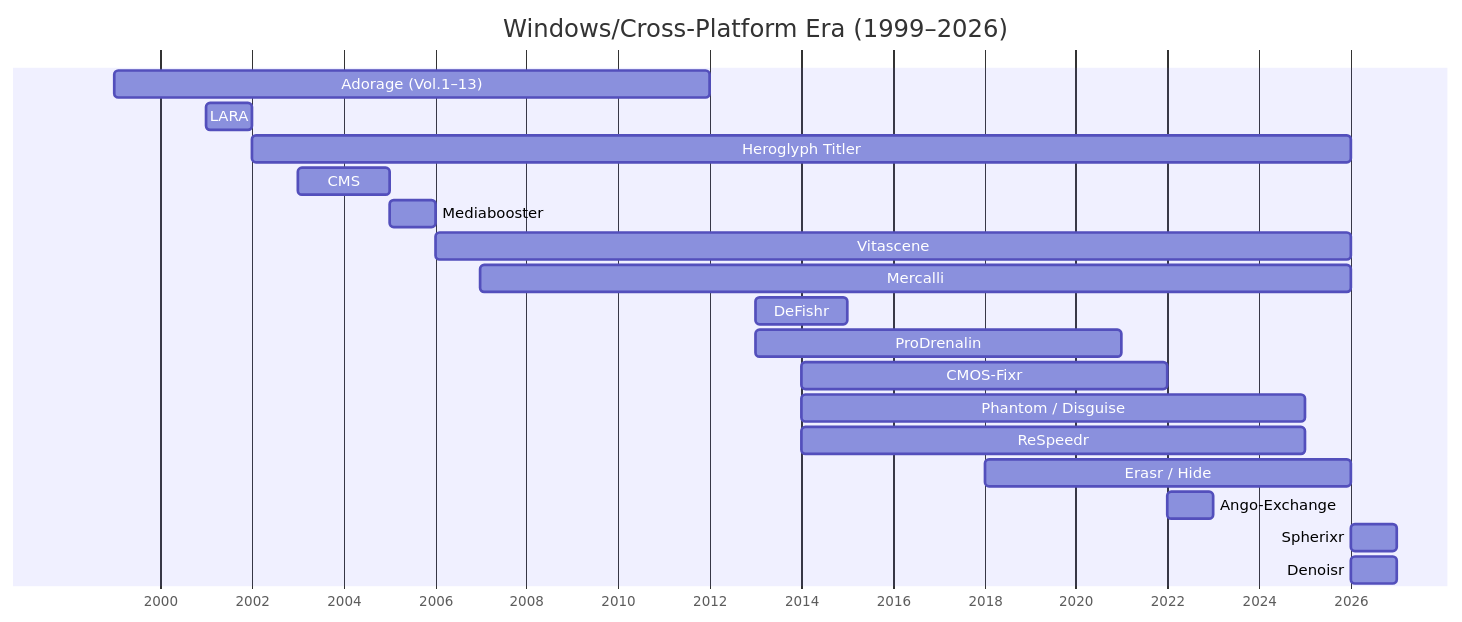
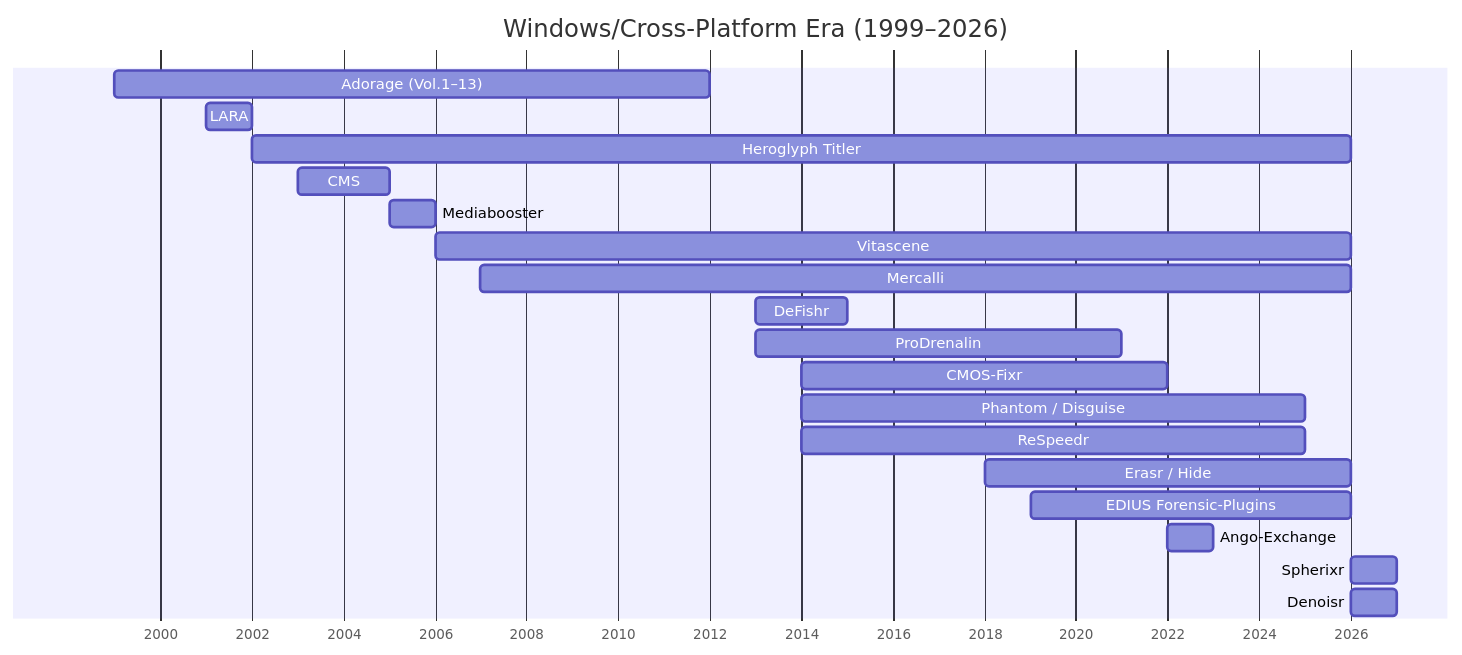
Before and after one commit to HolgerBurkarth/proDAD-History: the second of 2 diagrams in ProductTimeline.md, drawn with Mermaid. The commit also changed other lines of this file and 1 other file, not shown here.

````diff
--- a/ProductTimeline.md
+++ b/ProductTimeline.md
@@ -60,25 +60,26 @@
 ```mermaid
 gantt
     title Windows/Cross-Platform Era (1999–2026)
     dateFormat YYYY
     axisFormat %Y
     tickInterval 2year
     todayMarker off
 
     Adorage (Vol.1–13)      :1999, 2012
     LARA                    :2001, 2002
     Heroglyph Titler        :2002, 2026
     CMS                     :2003, 2005
     Mediabooster            :2005, 2006
     Vitascene               :2006, 2026
     Mercalli                :2007, 2026
     DeFishr                 :2013, 2015
     ProDrenalin             :2013, 2021
     CMOS-Fixr               :2014, 2022
     Phantom / Disguise      :2014, 2025
     ReSpeedr                :2014, 2025
     Erasr / Hide            :2018, 2026
+    EDIUS Forensic-Plugins  :2019, 2026
     Ango-Exchange           :2022, 2023
     Spherixr                :2026, 2027
     Denoisr                 :2026, 2027
 ```
````
